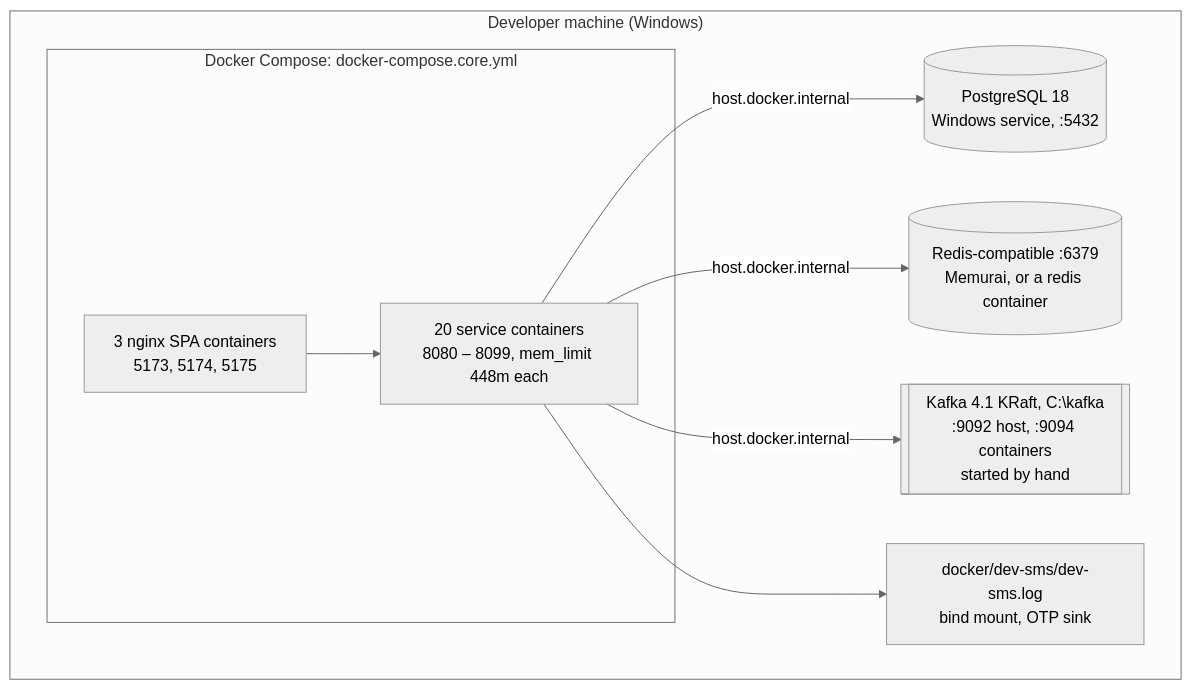
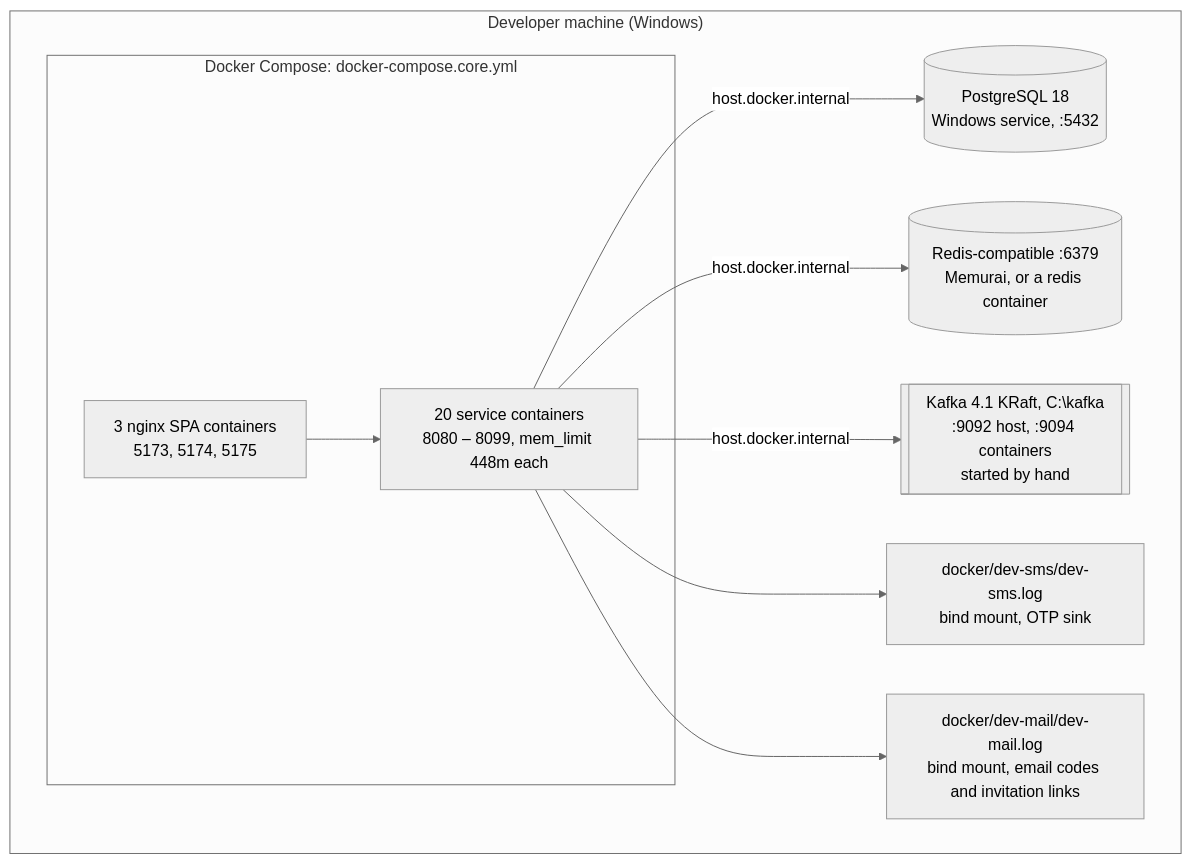
One commit to KripaGIT009/home-fix changed diagram 27 of 29 in docs/ARCHITECTURE.md. Above: the diagram before and after it, drawn with Mermaid (neutral theme). The commit also changed other lines of this file and 198 other files, not shown here.

````diff
--- a/docs/ARCHITECTURE.md
+++ b/docs/ARCHITECTURE.md
@@ -1415,17 +1480,19 @@
 ```mermaid
 graph TB
     subgraph Host["Developer machine (Windows)"]
         PG[("PostgreSQL 18<br/>Windows service, :5432")]
         RD[("Redis-compatible :6379<br/>Memurai, or a redis container")]
         KF[["Kafka 4.1 KRaft, C:\kafka<br/>:9092 host, :9094 containers<br/>started by hand"]]
         subgraph net["Docker Compose: docker-compose.core.yml"]
             S["20 service containers<br/>8080 – 8099, mem_limit 448m each"]
             W["3 nginx SPA containers<br/>5173, 5174, 5175"]
         end
         SMS["docker/dev-sms/dev-sms.log<br/>bind mount, OTP sink"]
+        MAIL["docker/dev-mail/dev-mail.log<br/>bind mount, email codes and invitation links"]
     end
 
     W --> S
     S -->|host.docker.internal| PG & RD & KF
     S --> SMS
+    S --> MAIL
 ```
````
